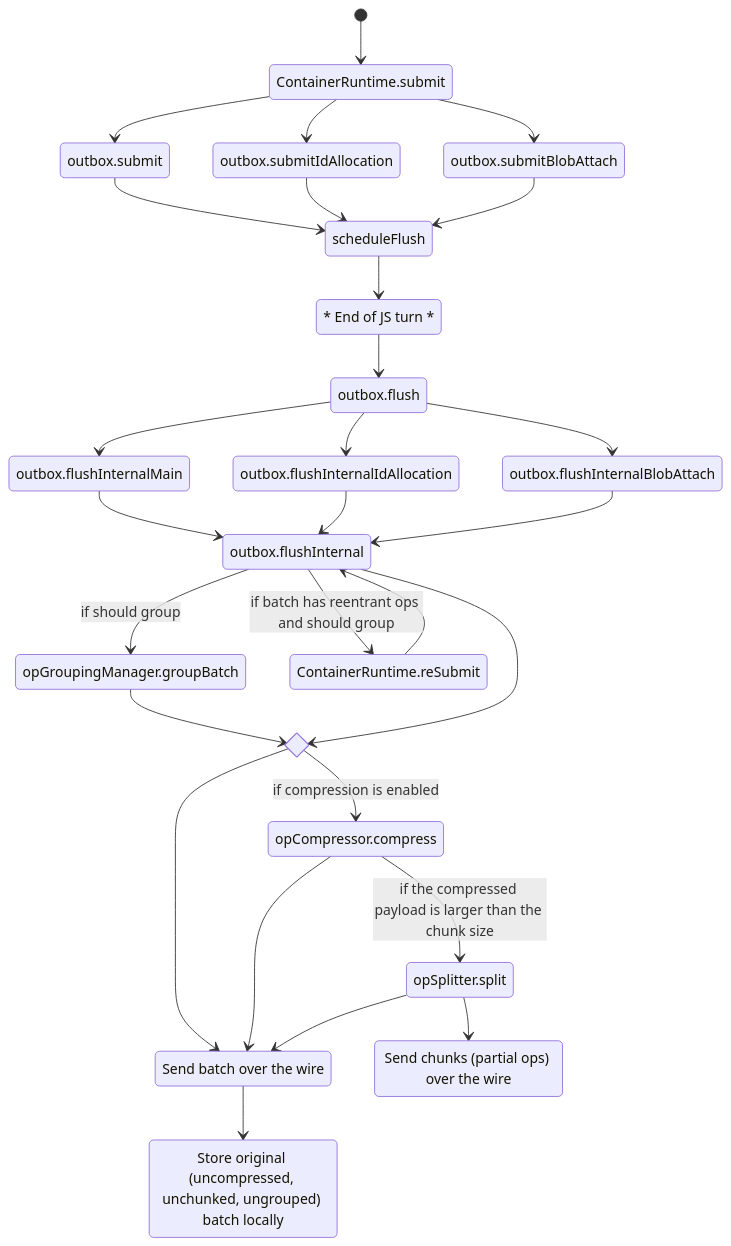
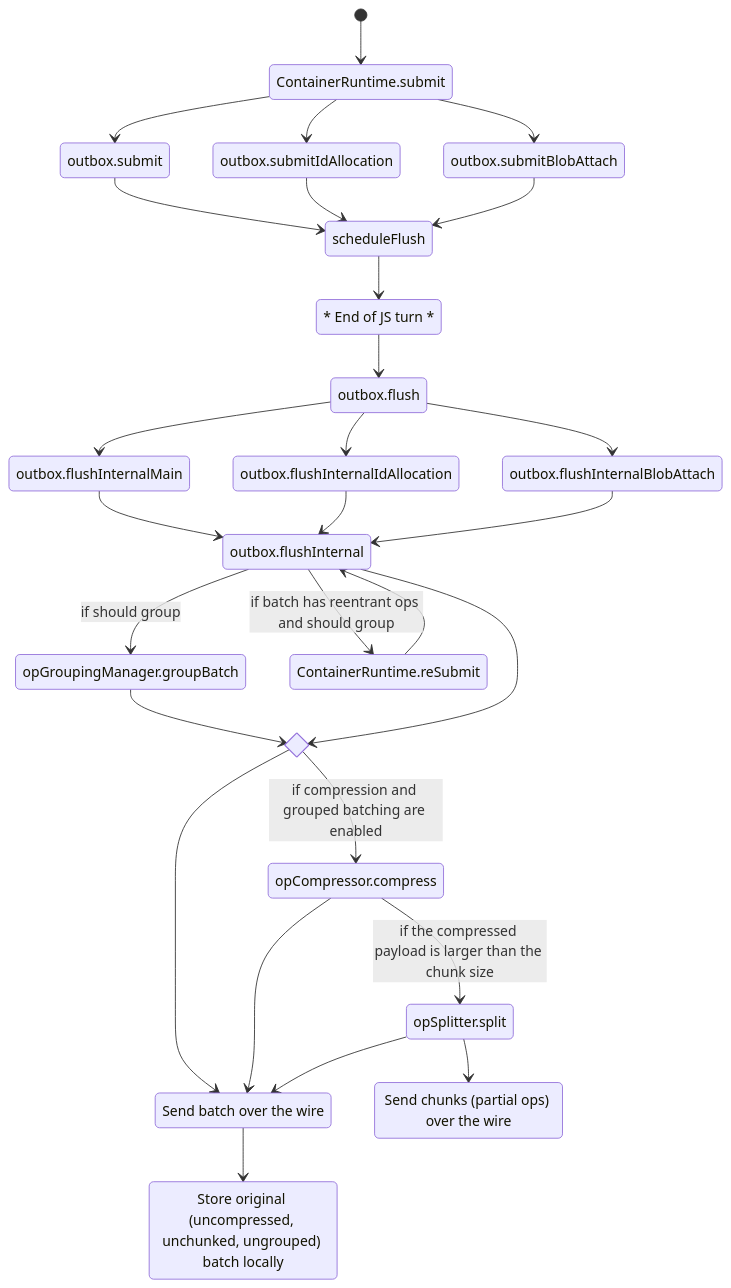
Before and after one commit to microsoft/FluidFramework: the first of 2 diagrams in packages/runtime/container-runtime/src/opLifecycle/README.md, drawn with Mermaid. The commit also changed other lines of this file, not shown here.

````diff
--- a/packages/runtime/container-runtime/src/opLifecycle/README.md
+++ b/packages/runtime/container-runtime/src/opLifecycle/README.md
@@ -290,39 +293,39 @@
 ```mermaid
 stateDiagram-v2
 	state "* End of JS turn *" as jsTurn
     state "opGroupingManager.groupBatch" as groupBatch
     state "opCompressor.compress" as compress
     state "outbox.flush" as flush
     state "outbox.flushInternal" as flushInternal
 	state "Send batch over the wire" as post
 	state "Send chunks (partial ops) over the wire" as postChunks
 	state "Store original (uncompressed, unchunked, ungrouped) batch locally" as store
     state if_compression <<choice>>
 	[*] --> ContainerRuntime.submit
 	ContainerRuntime.submit --> outbox.submitIdAllocation
 	ContainerRuntime.submit --> outbox.submitBlobAttach
 	ContainerRuntime.submit --> outbox.submit
 	outbox.submit --> scheduleFlush
 	outbox.submitIdAllocation --> scheduleFlush
 	outbox.submitBlobAttach --> scheduleFlush
 	scheduleFlush --> jsTurn
 	jsTurn --> flush
 	flush --> outbox.flushInternalMain
 	flush --> outbox.flushInternalIdAllocation
 	flush --> outbox.flushInternalBlobAttach
 	outbox.flushInternalMain --> flushInternal
 	outbox.flushInternalIdAllocation --> flushInternal
 	outbox.flushInternalBlobAttach --> flushInternal
 	flushInternal --> ContainerRuntime.reSubmit: if batch has reentrant ops and should group
 	ContainerRuntime.reSubmit --> flushInternal
     flushInternal --> groupBatch: if should group
     groupBatch --> if_compression
 	flushInternal --> if_compression
     if_compression --> post
-	if_compression --> compress: if compression is enabled
+	if_compression --> compress: if compression and grouped batching are enabled
 	compress --> post
 	compress --> opSplitter.split: if the compressed payload is larger than the chunk size
 	opSplitter.split --> post
 	opSplitter.split --> postChunks
     post --> store
 ```
````
